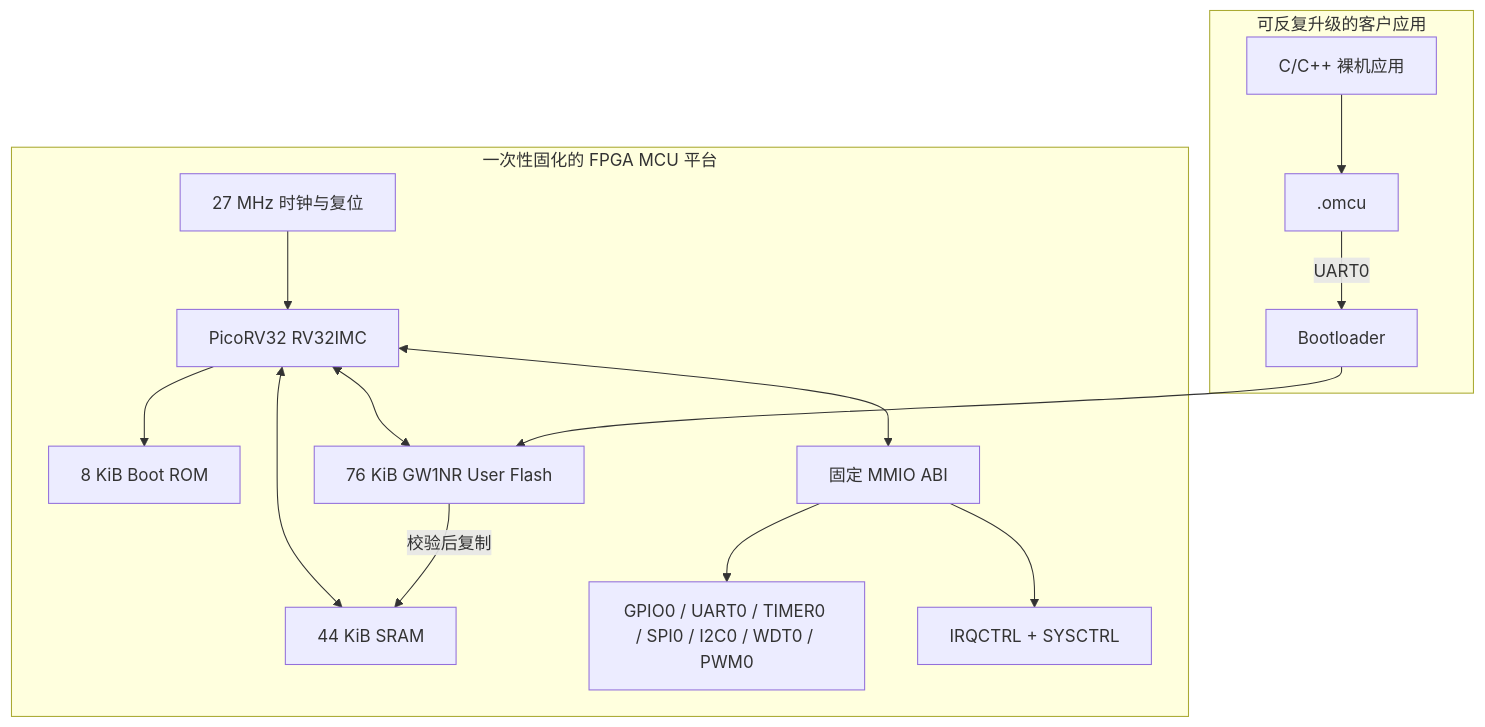
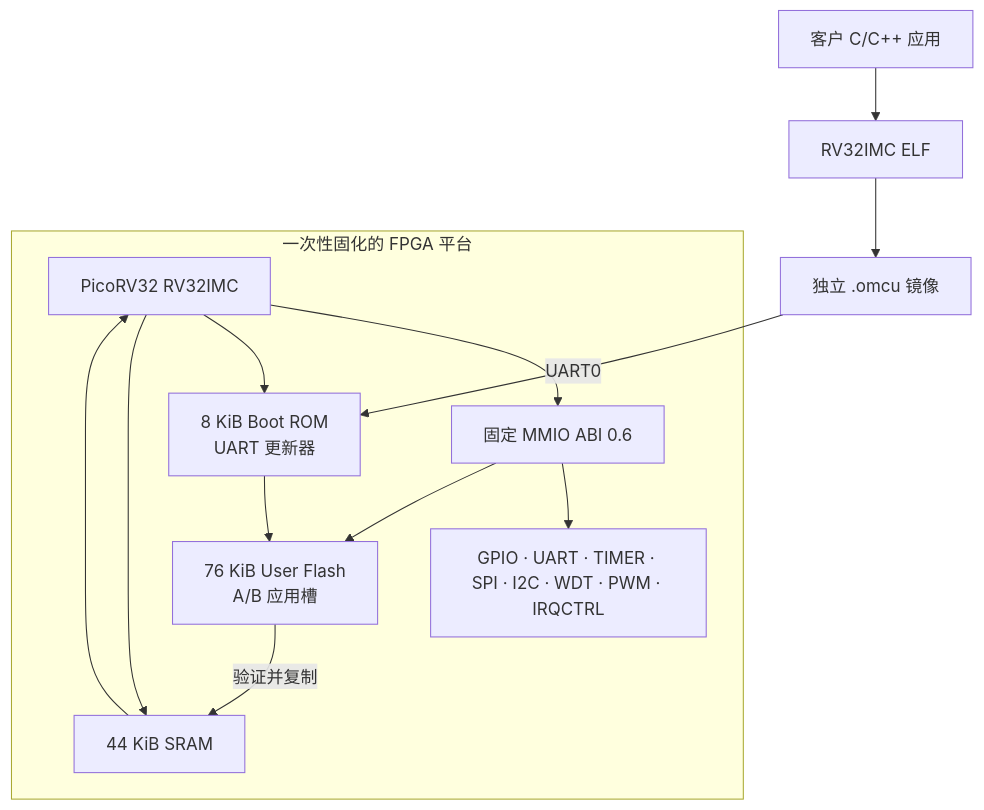
One commit to tianrking/OpenMCU-TN9K changed the first of 2 diagrams in docs/zh-CN/datasheet.md. Above: the diagram before and after it, drawn with Mermaid. The commit also changed other lines of this file and 49 other files, not shown here.

````diff
--- a/docs/zh-CN/datasheet.md
+++ b/docs/zh-CN/datasheet.md
@@ -48,18 +21,16 @@
-~~~mermaid
+```mermaid
 flowchart TB
-  subgraph FPGA[一次性固化的 FPGA MCU 平台]
-    CLK[27 MHz 时钟与复位] --> CPU[PicoRV32 RV32IMC]
-    CPU --> ROM[8 KiB Boot ROM]
-    CPU <--> SRAM[44 KiB SRAM]
-    CPU <--> MMIO[固定 MMIO ABI]
-    MMIO --> P[GPIO0 / UART0 / TIMER0 / SPI0 / I2C0 / WDT0 / PWM0]
-    MMIO --> IRQ[IRQCTRL + SYSCTRL]
-    CPU <--> UF[76 KiB GW1NR User Flash]
+  subgraph Fixed[一次性固化的 FPGA 平台]
+    CPU[PicoRV32 RV32IMC] --> MMIO[固定 MMIO ABI 0.6]
+    CPU --> ROM[8 KiB Boot ROM\nUART 更新器]
+    CPU --> SRAM[44 KiB SRAM]
+    MMIO --> PERI[GPIO · UART · TIMER · SPI · I2C · WDT · PWM · IRQCTRL]
+    MMIO --> FLASH[76 KiB User Flash\nA/B 应用槽]
   end
-  subgraph App[可反复升级的客户应用]
-    C[C/C++ 裸机应用] --> IMG[.omcu]
-    IMG -->|UART0| BL[Bootloader]
-    BL --> UF
-    UF -->|校验后复制| SRAM
-  end
-~~~
+  APP[客户 C/C++ 应用] --> ELF[RV32IMC ELF]
+  ELF --> IMAGE[独立 .omcu 镜像]
+  IMAGE -->|UART0| ROM
+  ROM --> FLASH
+  FLASH -->|验证并复制| SRAM
+  SRAM --> CPU
+```
````
